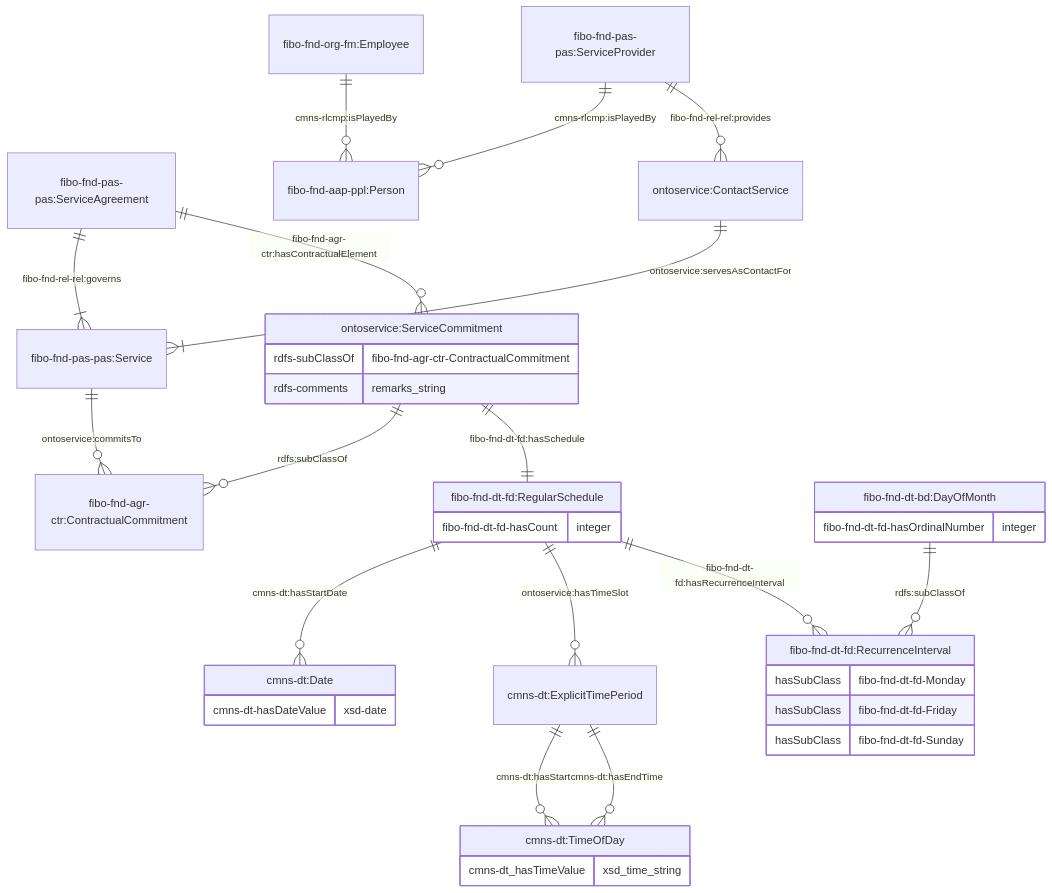
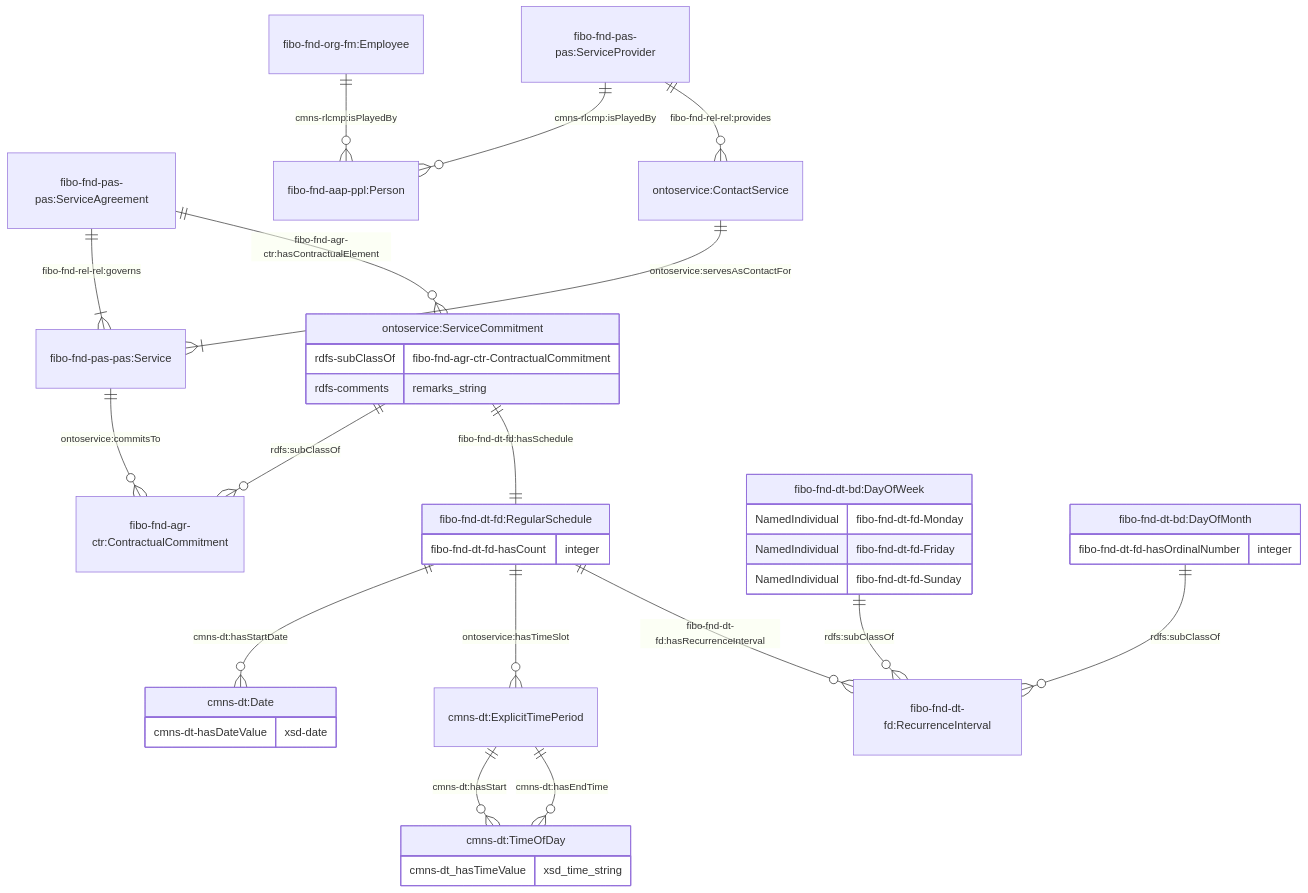
The third of 5 diagrams in JPS_Ontology/ontology/ontoservice/README.md (cambridge-cares/TheWorldAvatar), drawn with Mermaid before and after one commit.

Commit message:
dev-ontoservice-lifecycle: Updated documentation to use named individuals for days of week

````diff
--- a/JPS_Ontology/ontology/ontoservice/README.md
+++ b/JPS_Ontology/ontology/ontoservice/README.md
@@ -128,42 +128,43 @@
 ```mermaid
     erDiagram
     "fibo-fnd-pas-pas:ServiceAgreement" ||--|{ "fibo-fnd-pas-pas:Service" : "fibo-fnd-rel-rel:governs"
     "fibo-fnd-org-fm:Employee" ||--o{ "fibo-fnd-aap-ppl:Person"  : "cmns-rlcmp:isPlayedBy"
     "fibo-fnd-pas-pas:ServiceProvider" ||--o{ "fibo-fnd-aap-ppl:Person"  : "cmns-rlcmp:isPlayedBy"
     "fibo-fnd-pas-pas:ServiceProvider" ||--o{ "ontoservice:ContactService"  : "fibo-fnd-rel-rel:provides"
     "ontoservice:ContactService" ||--|{ "fibo-fnd-pas-pas:Service" : "ontoservice:servesAsContactFor"
 
     "fibo-fnd-pas-pas:ServiceAgreement" ||--o{ "ontoservice:ServiceCommitment" : "fibo-fnd-agr-ctr:hasContractualElement"
     "ontoservice:ServiceCommitment" ||--o{ "fibo-fnd-agr-ctr:ContractualCommitment" : "rdfs:subClassOf"
     "fibo-fnd-pas-pas:Service" ||--o{ "fibo-fnd-agr-ctr:ContractualCommitment" : "ontoservice:commitsTo"
 
     "ontoservice:ServiceCommitment" {
         rdfs-subClassOf fibo-fnd-agr-ctr-ContractualCommitment
         rdfs-comments remarks_string
     }
 
     "ontoservice:ServiceCommitment" ||--|| "fibo-fnd-dt-fd:RegularSchedule" : "fibo-fnd-dt-fd:hasSchedule"
      "fibo-fnd-dt-fd:RegularSchedule" {
         fibo-fnd-dt-fd-hasCount integer
     }
     "fibo-fnd-dt-fd:RegularSchedule" ||--o{ "cmns-dt:Date" : "cmns-dt:hasStartDate"
     "cmns-dt:Date" {
         cmns-dt-hasDateValue xsd-date
     }
     "fibo-fnd-dt-fd:RegularSchedule" ||--o{ "cmns-dt:ExplicitTimePeriod" : "ontoservice:hasTimeSlot"
     "cmns-dt:ExplicitTimePeriod" ||--o{ "cmns-dt:TimeOfDay" : "cmns-dt:hasStart"
     "cmns-dt:ExplicitTimePeriod" ||--o{ "cmns-dt:TimeOfDay" : "cmns-dt:hasEndTime"
     "cmns-dt:TimeOfDay" {
         cmns-dt_hasTimeValue xsd_time_string
     }
     "fibo-fnd-dt-fd:RegularSchedule" ||--o{ "fibo-fnd-dt-fd:RecurrenceInterval" : "fibo-fnd-dt-fd:hasRecurrenceInterval"
-    "fibo-fnd-dt-fd:RecurrenceInterval" {
-        hasSubClass fibo-fnd-dt-fd-Monday
-        hasSubClass fibo-fnd-dt-fd-Friday
-        hasSubClass fibo-fnd-dt-fd-Sunday
+    "fibo-fnd-dt-bd:DayOfWeek" ||--o{ "fibo-fnd-dt-fd:RecurrenceInterval" : "rdfs:subClassOf"
+    "fibo-fnd-dt-bd:DayOfWeek" {
+        NamedIndividual fibo-fnd-dt-fd-Monday
+        NamedIndividual fibo-fnd-dt-fd-Friday
+        NamedIndividual fibo-fnd-dt-fd-Sunday
     }
     "fibo-fnd-dt-bd:DayOfMonth" ||--o{ "fibo-fnd-dt-fd:RecurrenceInterval" : "rdfs:subClassOf"
     "fibo-fnd-dt-bd:DayOfMonth" {
         fibo-fnd-dt-fd-hasOrdinalNumber integer
     }
 ```
````
